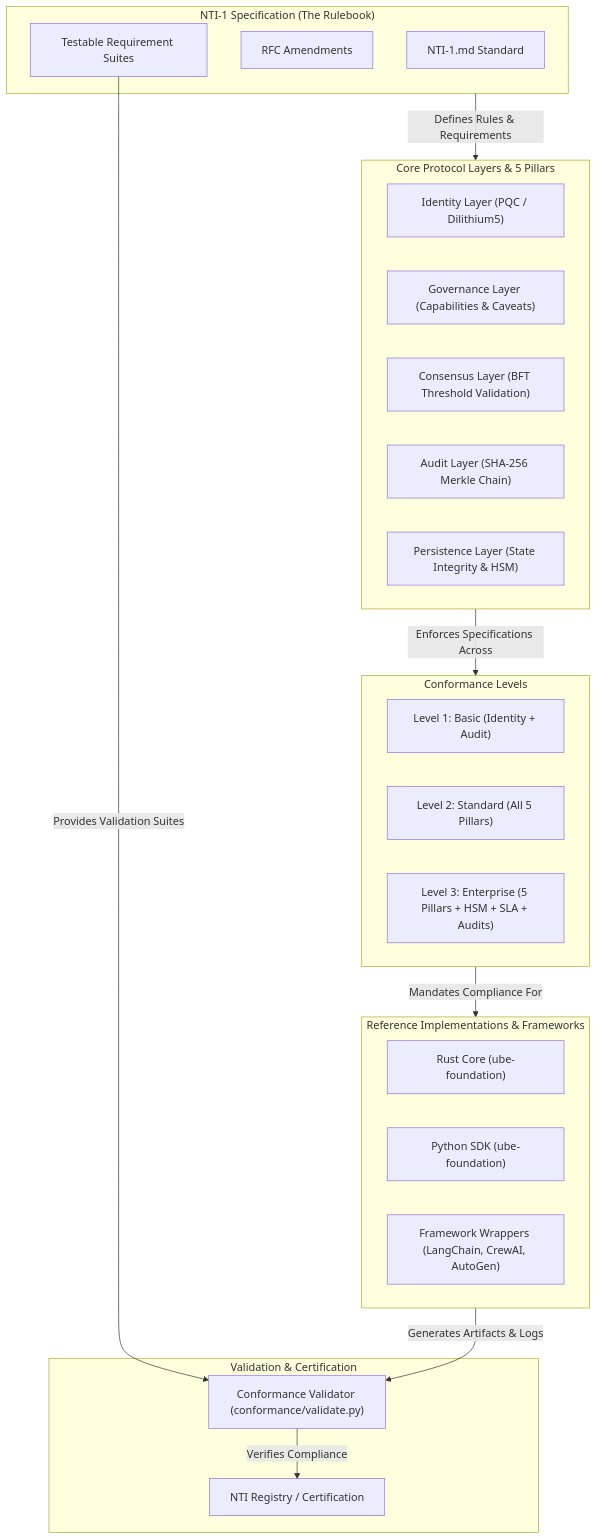
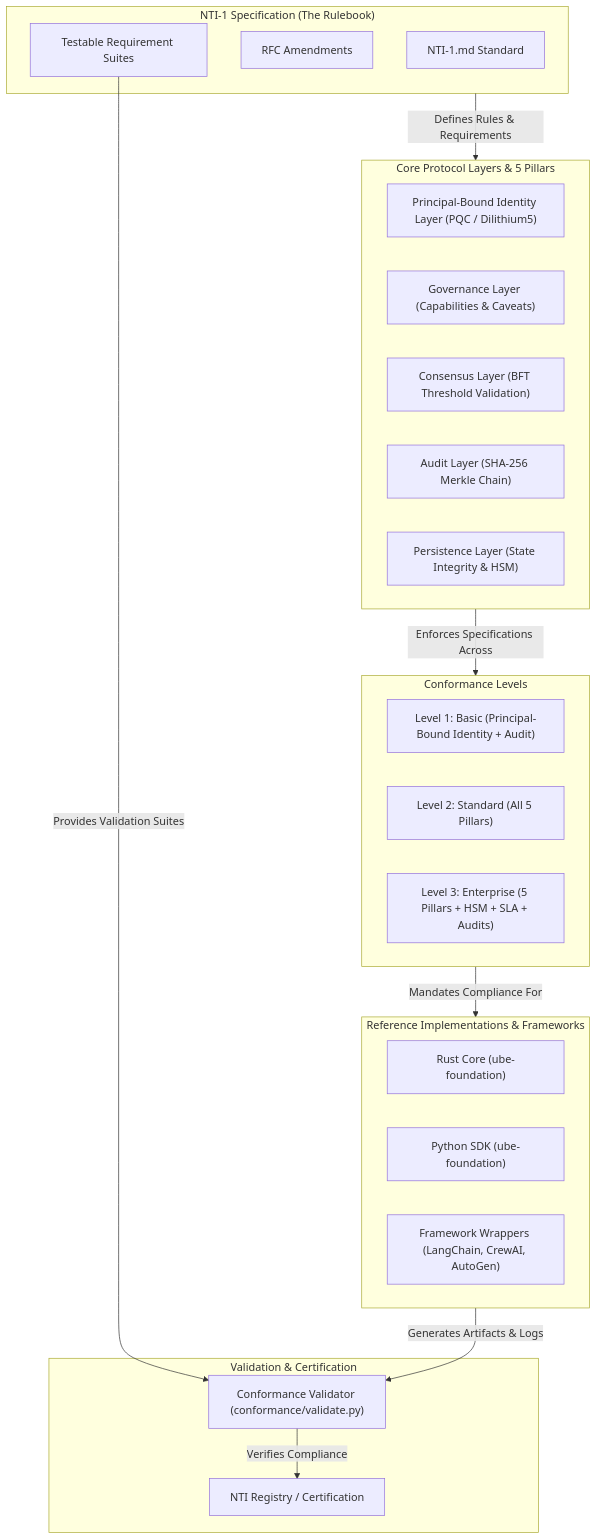
Before and after one commit to abisheakp197/nti-spec: the diagram in README.md, drawn with Mermaid. The commit also changed other lines of this file and 2 other files, not shown here.

Commit message:
fix(spec): refactor Pillar 1 to Principal-Bound Identity per W3C peer review

````diff
--- a/README.md
+++ b/README.md
@@ -80,40 +80,40 @@
 ```mermaid
 graph TD
     subgraph SPEC["NTI-1 Specification (The Rulebook)"]
         NTI1["NTI-1.md Standard"]
         RFCS["RFC Amendments"]
         CONF_TESTS["Testable Requirement Suites"]
     end
 
     subgraph LAYERS["Core Protocol Layers & 5 Pillars"]
-        L1["Identity Layer (PQC / Dilithium5)"]
+        L1["Principal-Bound Identity Layer (PQC / Dilithium5)"]
         L2["Governance Layer (Capabilities & Caveats)"]
         L3["Consensus Layer (BFT Threshold Validation)"]
         L4["Audit Layer (SHA-256 Merkle Chain)"]
         L5["Persistence Layer (State Integrity & HSM)"]
     end
 
     subgraph LEVELS["Conformance Levels"]
-        LVL1["Level 1: Basic (Identity + Audit)"]
+        LVL1["Level 1: Basic (Principal-Bound Identity + Audit)"]
         LVL2["Level 2: Standard (All 5 Pillars)"]
         LVL3["Level 3: Enterprise (5 Pillars + HSM + SLA + Audits)"]
     end
 
     subgraph IMPL["Reference Implementations & Frameworks"]
         RUST["Rust Core (ube-foundation)"]
         PY["Python SDK (ube-foundation)"]
         WRAP["Framework Wrappers (LangChain, CrewAI, AutoGen)"]
     end
 
     subgraph VAL["Validation & Certification"]
         VAL_SCRIPT["Conformance Validator (conformance/validate.py)"]
         CERT["NTI Registry / Certification"]
     end
 
     SPEC -->|Defines Rules & Requirements| LAYERS
     LAYERS -->|Enforces Specifications Across| LEVELS
     LEVELS -->|Mandates Compliance For| IMPL
     IMPL -->|Generates Artifacts & Logs| VAL_SCRIPT
     CONF_TESTS -->|Provides Validation Suites| VAL_SCRIPT
     VAL_SCRIPT -->|Verifies Compliance| CERT
 ```
````
